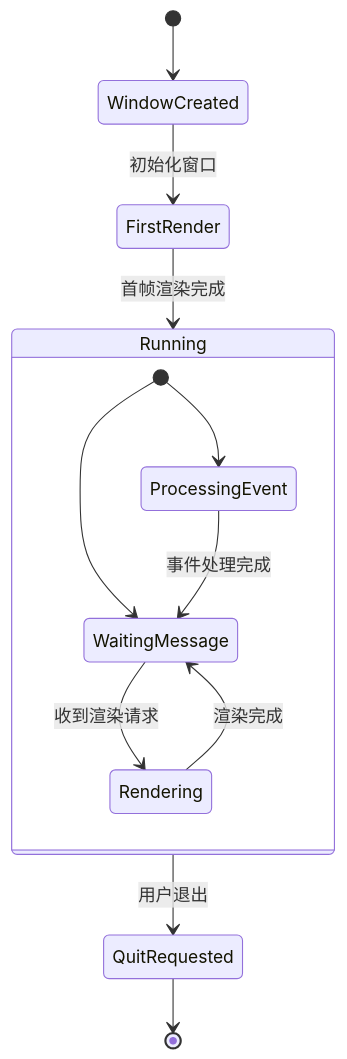
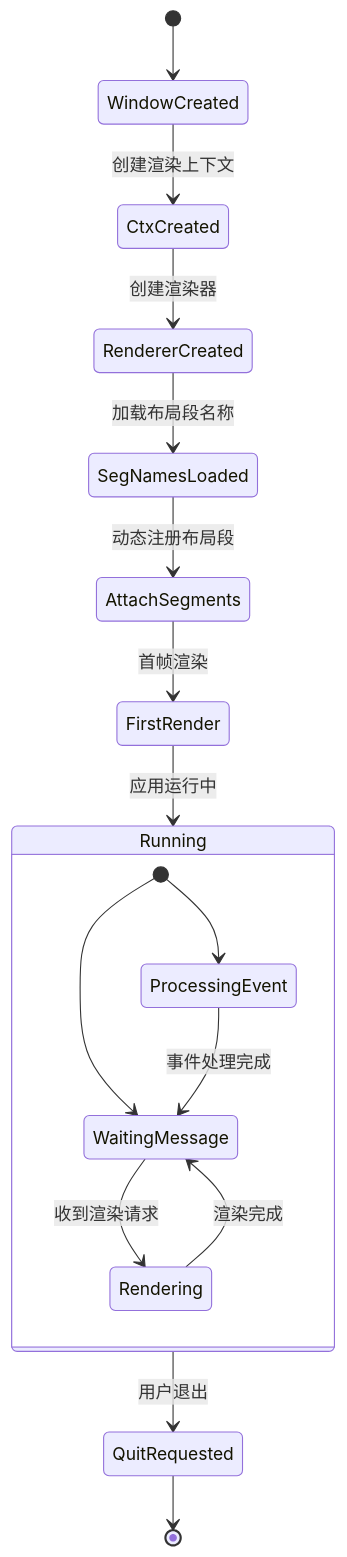
One commit to xingye00186/PHP-Data-UI-Framework-powered-by-swooleAOT changed the ninth of 11 diagrams in .qoder/repowiki/zh/content/C++渲染层/BaseRenderer基础渲染器.md. Above: the diagram before and after it, drawn with Mermaid. The commit also changed other lines of this file and 10 other files, not shown here.

````diff
--- a/.qoder/repowiki/zh/content/C++渲染层/BaseRenderer基础渲染器.md
+++ b/.qoder/repowiki/zh/content/C++渲染层/BaseRenderer基础渲染器.md
@@ -350,15 +482,19 @@
 ```mermaid
 stateDiagram-v2
 [*] --> WindowCreated
-WindowCreated --> FirstRender : 初始化窗口
-FirstRender --> Running : 首帧渲染完成
+WindowCreated --> CtxCreated : 创建渲染上下文
+CtxCreated --> RendererCreated : 创建渲染器
+RendererCreated --> SegNamesLoaded : 加载布局段名称
+SegNamesLoaded --> AttachSegments : 动态注册布局段
+AttachSegments --> FirstRender : 首帧渲染
+FirstRender --> Running : 应用运行中
 state Running {
 [*] --> WaitingMessage
 WaitingMessage --> Rendering : 收到渲染请求
 Rendering --> WaitingMessage : 渲染完成
 [*] --> ProcessingEvent
 ProcessingEvent --> WaitingMessage : 事件处理完成
 }
 Running --> QuitRequested : 用户退出
 QuitRequested --> [*]
 ```
````
